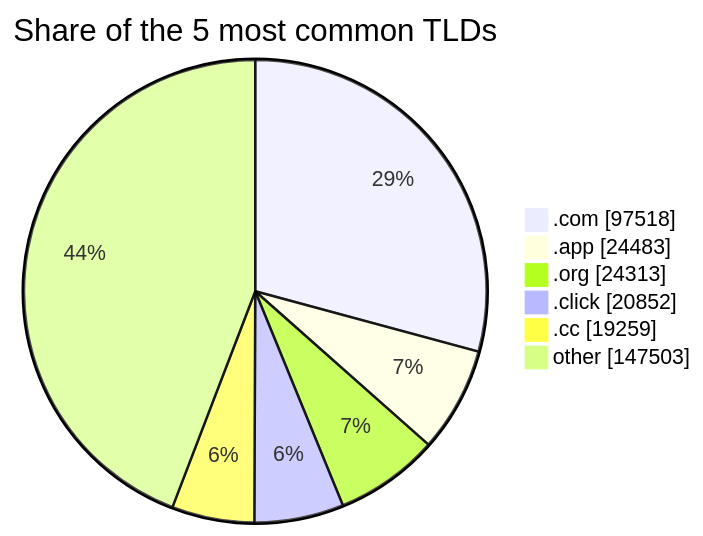
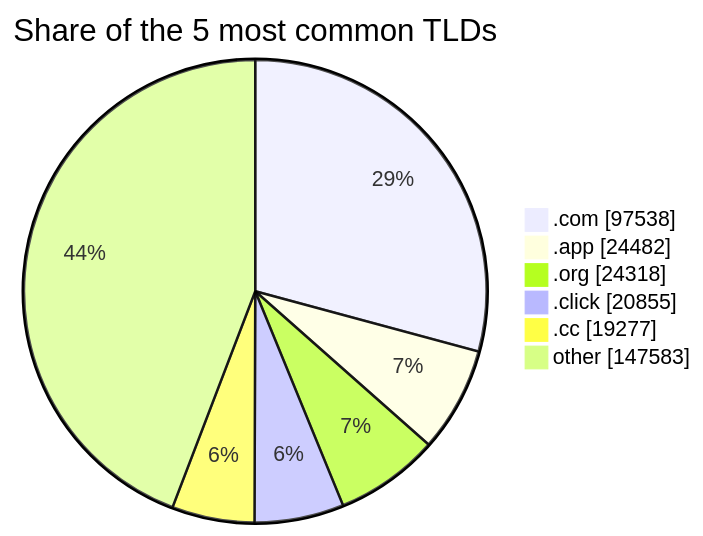
One commit to DNSBunker/CTI changed the third of 3 diagrams in README.md. Above: the diagram before and after it, drawn with Mermaid. The commit also changed other lines of this file and 4 other files, not shown here.

````diff
--- a/README.md
+++ b/README.md
@@ -81,9 +81,9 @@
 ```mermaid
 pie showData title Share of the 5 most common TLDs
-    ".com" : 97518
-    ".app" : 24483
-    ".org" : 24313
-    ".click" : 20852
-    ".cc" : 19259
-    "other" : 147503
+    ".com" : 97538
+    ".app" : 24482
+    ".org" : 24318
+    ".click" : 20855
+    ".cc" : 19277
+    "other" : 147583
 ```
````
